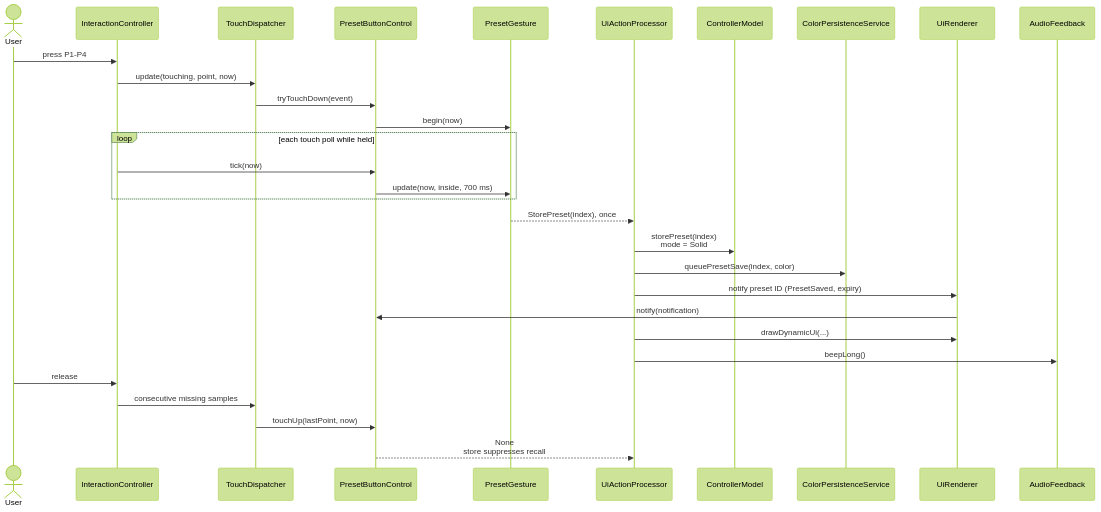
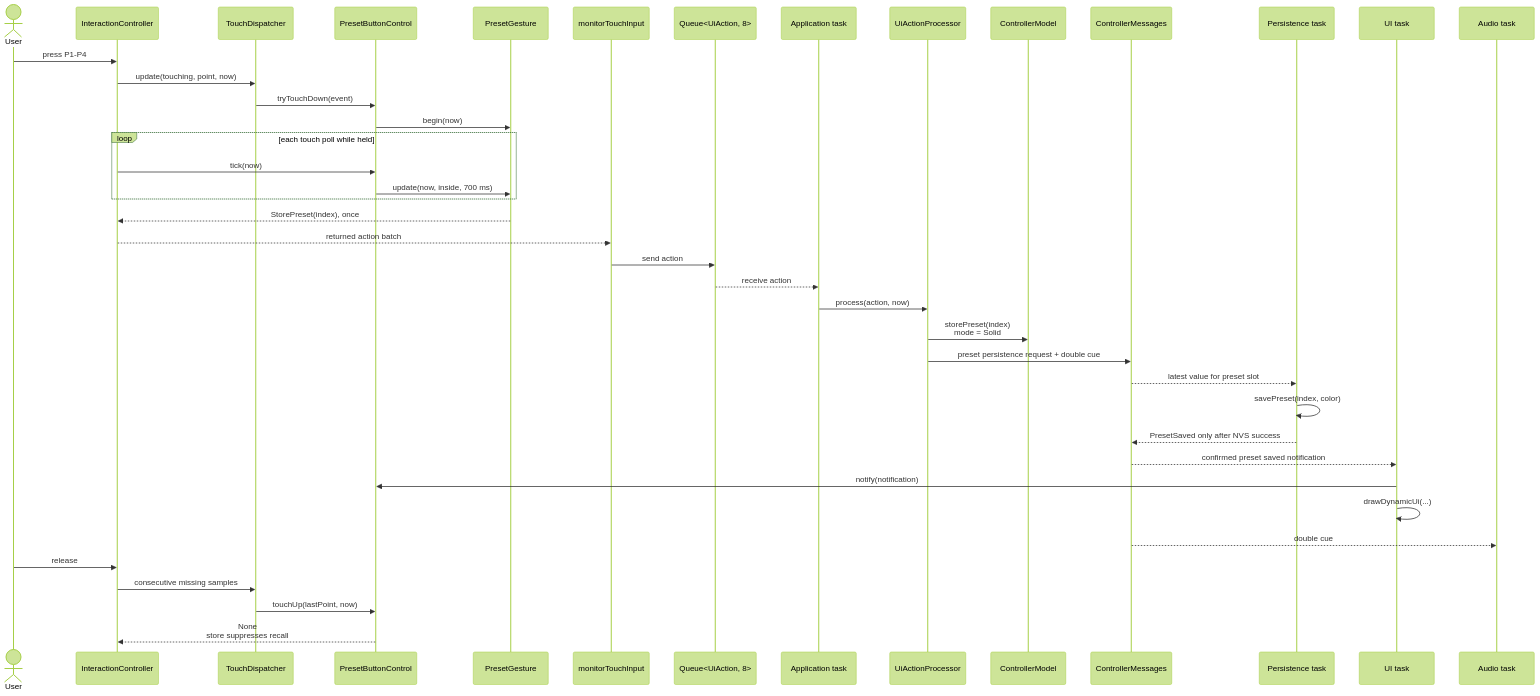
Before and after one commit to noelanderson/color-controller: the eighth of 10 diagrams in docs/ux-interaction-and-class-diagrams.md, drawn with Mermaid (forest theme). The commit also changed other lines of this file and 28 other files, not shown here.

````diff
--- a/docs/ux-interaction-and-class-diagrams.md
+++ b/docs/ux-interaction-and-class-diagrams.md
@@ -200,36 +216,47 @@
 ```mermaid
 sequenceDiagram
     actor User
     participant Interaction as InteractionController
     participant Dispatcher as TouchDispatcher
     participant Preset as PresetButtonControl
     participant Gesture as PresetGesture
+    participant TouchTask as monitorTouchInput
+    participant Queue as Queue<UiAction, 8>
+    participant App as Application task
     participant Actions as UiActionProcessor
     participant Model as ControllerModel
-    participant Persistence as ColorPersistenceService
-    participant Renderer as UiRenderer
-    participant Audio as AudioFeedback
+    participant Messages as ControllerMessages
+    participant Persistence as Persistence task
+    participant Renderer as UI task
+    participant Audio as Audio task
 
     User->>Interaction: press P1-P4
     Interaction->>Dispatcher: update(touching, point, now)
     Dispatcher->>Preset: tryTouchDown(event)
     Preset->>Gesture: begin(now)
 
     loop each touch poll while held
         Interaction->>Preset: tick(now)
         Preset->>Gesture: update(now, inside, 700 ms)
     end
 
-    Gesture-->>Actions: StorePreset(index), once
+    Gesture-->>Interaction: StorePreset(index), once
+    Interaction-->>TouchTask: returned action batch
+    TouchTask->>Queue: send action
+    Queue-->>App: receive action
+    App->>Actions: process(action, now)
     Actions->>Model: storePreset(index)<br/>mode = Solid
-    Actions->>Persistence: queuePresetSave(index, color)
-    Actions->>Renderer: notify preset ID (PresetSaved, expiry)
+    Actions->>Messages: preset persistence request + double cue
+    Messages-->>Persistence: latest value for preset slot
+    Persistence->>Persistence: savePreset(index, color)
+    Persistence-->>Messages: PresetSaved only after NVS success
+    Messages-->>Renderer: confirmed preset saved notification
     Renderer->>Preset: notify(notification)
-    Actions->>Renderer: drawDynamicUi(...)
-    Actions->>Audio: beepLong()
+    Renderer->>Renderer: drawDynamicUi(...)
+    Messages-->>Audio: double cue
 
     User->>Interaction: release
     Interaction->>Dispatcher: consecutive missing samples
     Dispatcher->>Preset: touchUp(lastPoint, now)
-    Preset-->>Actions: None<br/>store suppresses recall
+    Preset-->>Interaction: None<br/>store suppresses recall
 ```
````
